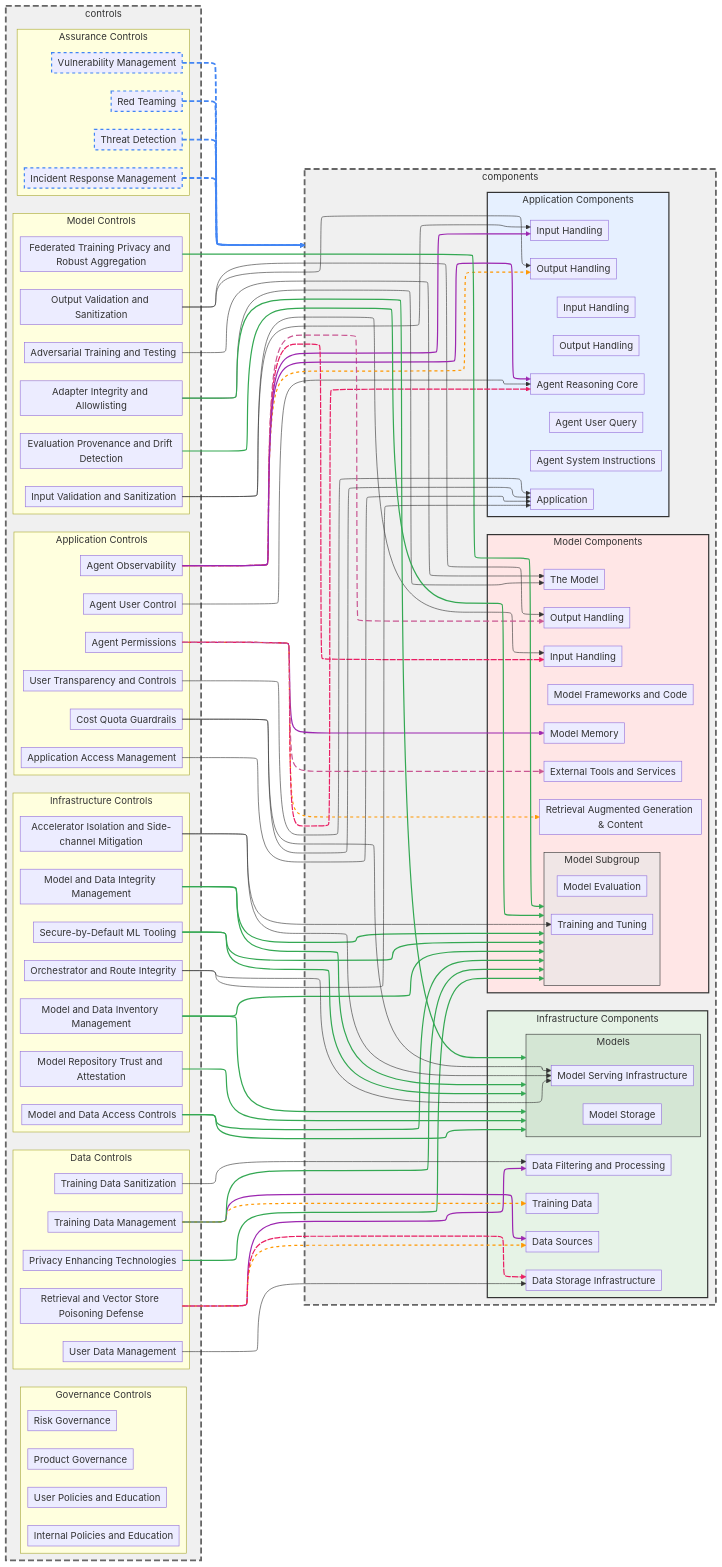
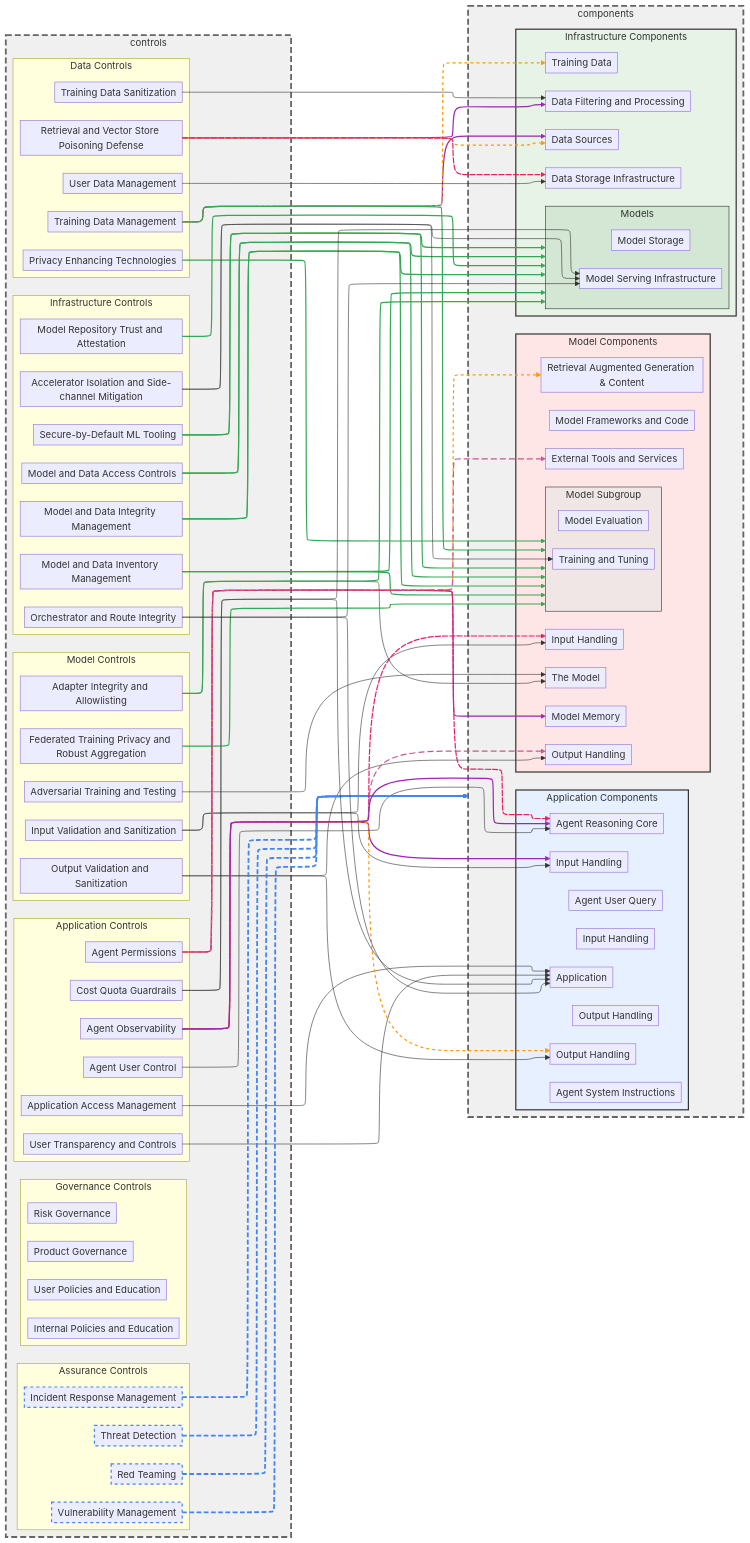
Before and after one commit to davidlabianca/secure-ai-tooling: the diagram in risk-map/diagrams/controls-graph.md, drawn with Mermaid. The commit also changed 13 other files, not shown here.

First line of the commit message:
[Controls][Revert] Revert Addition of Evaluation Provenance and Drift Detection to `develop`

```diff
--- a/risk-map/diagrams/controls-graph.md
+++ b/risk-map/diagrams/controls-graph.md
@@ -34,7 +34,6 @@
     subgraph controlsModel ["Model Controls"]
         controlAdapterIntegrityAndAllowlisting[Adapter Integrity and Allowlisting]
         controlAdversarialTrainingAndTesting[Adversarial Training and Testing]
-        controlEvaluationProvenanceAndDriftDetection[Evaluation Provenance and Drift Detection]
         controlFederatedTrainingPrivacyAndRobustAggregation[Federated Training Privacy and Robust Aggregation]
         controlInputValidationAndSanitization[Input Validation and Sanitization]
         controlOutputValidationAndSanitization[Output Validation and Sanitization]
@@ -154,7 +153,6 @@
     controlModelRepositoryTrustAndAttestation --> componentsModels
     controlCostQuotaGuardrails --> componentApplication
     controlCostQuotaGuardrails --> componentModelServing
-    controlEvaluationProvenanceAndDriftDetection --> componentsModelSubgroup
 
     %% Apply styling to controls mapped to 'all'
     controlIncidentResponseManagement:::allControl
@@ -164,7 +162,7 @@
 
     %% Edge styling
     linkStyle 26,27,28,29 stroke:#4285f4,stroke-width:3px,stroke-dasharray: 8 4
-    linkStyle 0,3,6,7,8,9,10,11,12,13,41,42,45,48 stroke:#34a853,stroke-width:2px
+    linkStyle 0,3,6,7,8,9,10,11,12,13,41,42,45 stroke:#34a853,stroke-width:2px
     linkStyle 1,22,30,34,37 stroke:#9c27b0,stroke-width:2px
     linkStyle 2,23,31,38 stroke:#ff9800,stroke-width:2px,stroke-dasharray: 5 5
     linkStyle 24,32,39 stroke:#e91e63,stroke-width:2px,stroke-dasharray: 10 2
```
